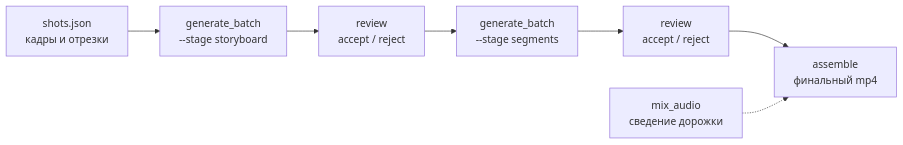
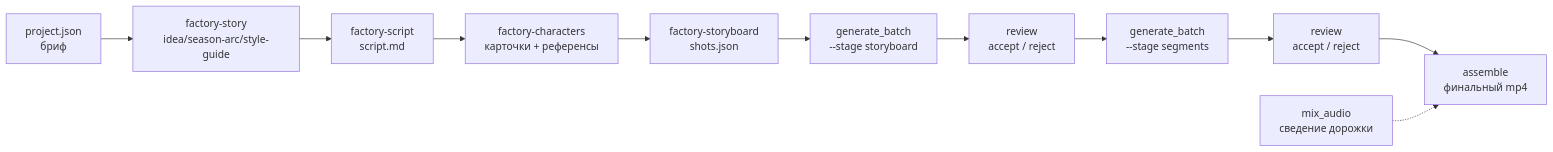
One commit to ll-larr/content-factory changed the diagram in README.md. Above: the diagram before and after it, drawn with Mermaid. The commit also changed other lines of this file and 8 other files, not shown here.

````diff
--- a/README.md
+++ b/README.md
@@ -15,9 +15,13 @@
 ```mermaid
 flowchart LR
-    S[shots.json<br/>кадры и отрезки] --> G1[generate_batch<br/>--stage storyboard]
+    P[project.json<br/>бриф] --> ST[factory-story<br/>idea/season-arc/style-guide]
+    ST --> SC[factory-script<br/>script.md]
+    SC --> CH[factory-characters<br/>карточки + референсы]
+    CH --> SB[factory-storyboard<br/>shots.json]
+    SB --> G1[generate_batch<br/>--stage storyboard]
     G1 --> R1[review<br/>accept / reject]
     R1 --> G2[generate_batch<br/>--stage segments]
     G2 --> R2[review<br/>accept / reject]
     R2 --> A[assemble<br/>финальный mp4]
     M[mix_audio<br/>сведение дорожки] -.-> A
 ```
````
